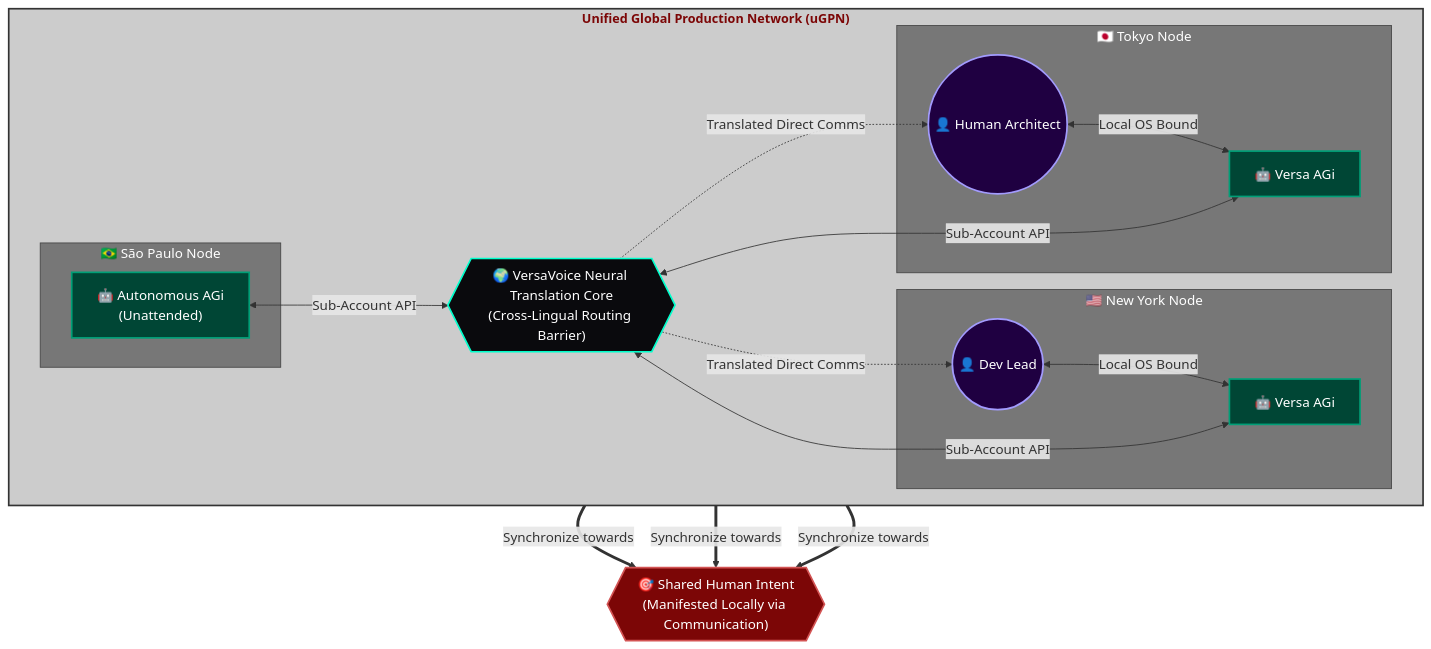
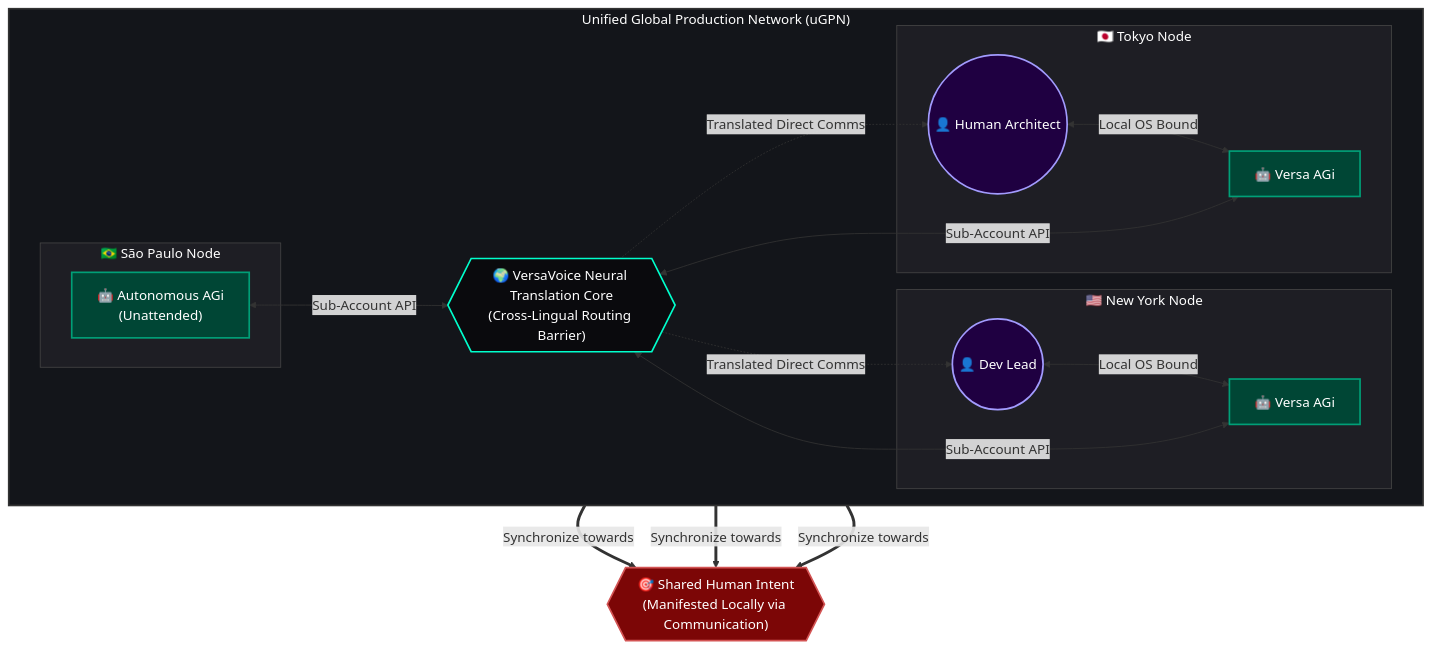
One commit to swartzlib7/versa-agi changed the diagram in README.md. Above: the diagram before and after it, drawn with Mermaid.

Commit message:
style: update README.md to enhance visual styling of graph elements for improved readability

````diff
--- a/README.md
+++ b/README.md
@@ -84,51 +84,51 @@
 ```mermaid
 graph TD
     classDef core fill:#0a0a0d,stroke:#00ffcc,color:#fff,stroke-width:2px;
     classDef human fill:#1f0041,stroke:#a29bfe,color:#fff,stroke-width:2px;
     classDef agent fill:#004635,stroke:#009f77,color:#fff,stroke-width:2px;
     classDef work fill:#7c0606,stroke:#d35454,color:#fff,stroke-width:2px;
 
     %% Routing Core
     VVCore{{"🌍 VersaVoice Neural Translation Core<br/>(Cross-Lingual Routing Barrier)"}}:::core
 
     %% Nodes
     subgraph uGPN ["Unified Global Production Network (uGPN)"]
         direction LR
         
         subgraph Node1 ["🇯🇵 Tokyo Node"]
             H1(("👤 Human Architect")):::human
             A1["🤖 Versa AGi"]:::agent
             H1 <-->|Local OS Bound| A1
         end
 
         subgraph Node2 ["🇺🇸 New York Node"]
             H2(("👤 Dev Lead")):::human
             A2["🤖 Versa AGi"]:::agent
             H2 <-->|Local OS Bound| A2
         end
         
         subgraph Node3 ["🇧🇷 São Paulo Node"]
             A3["🤖 Autonomous AGi<br/>(Unattended)"]:::agent
         end
         
         %% API Communication Sync
         A1 <-->|Sub-Account API| VVCore
         A2 <-->|Sub-Account API| VVCore
         A3 <-->|Sub-Account API| VVCore
         
         VVCore -.->|Translated Direct Comms| H1
         VVCore -.->|Translated Direct Comms| H2
     end
 
     %% Execution Layer
     Intent{{"🎯 Shared Human Intent<br/>(Manifested Locally via Communication)"}}:::work
     A1 ==>|Synchronize towards| Intent
     A2 ==>|Synchronize towards| Intent
     A3 ==>|Synchronize towards| Intent
 
     %% Styling 
-    style uGPN fill:#ccc,stroke:#333,stroke-width:2px,color:#7c0606,font-weight:bold,font-size:15px;
-    style Node1 fill:#777,stroke:#444,stroke-width:1px,color:#fff;
-    style Node2 fill:#777,stroke:#444,stroke-width:1px,color:#fff;
-    style Node3 fill:#777,stroke:#444,stroke-width:1px,color:#fff;
+    style uGPN fill:#13151a,stroke:#333,stroke-width:2px,color:#fff;
+    style Node1 fill:#1e1e24,stroke:#444,stroke-width:1px,color:#fff;
+    style Node2 fill:#1e1e24,stroke:#444,stroke-width:1px,color:#fff;
+    style Node3 fill:#1e1e24,stroke:#444,stroke-width:1px,color:#fff;
 ```
````
